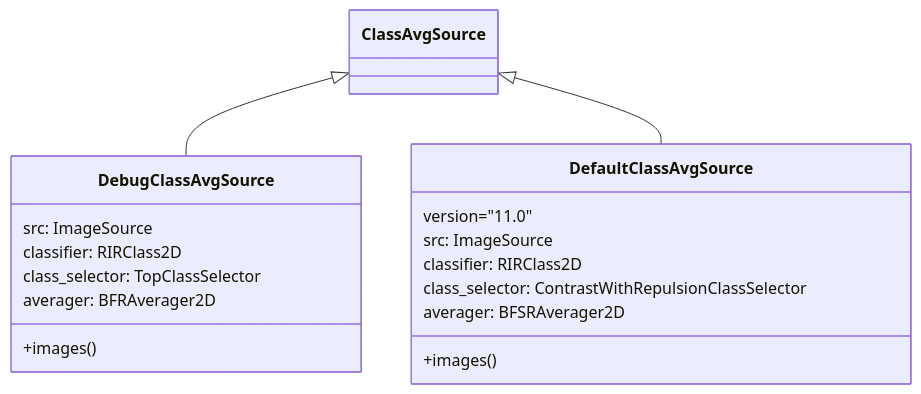
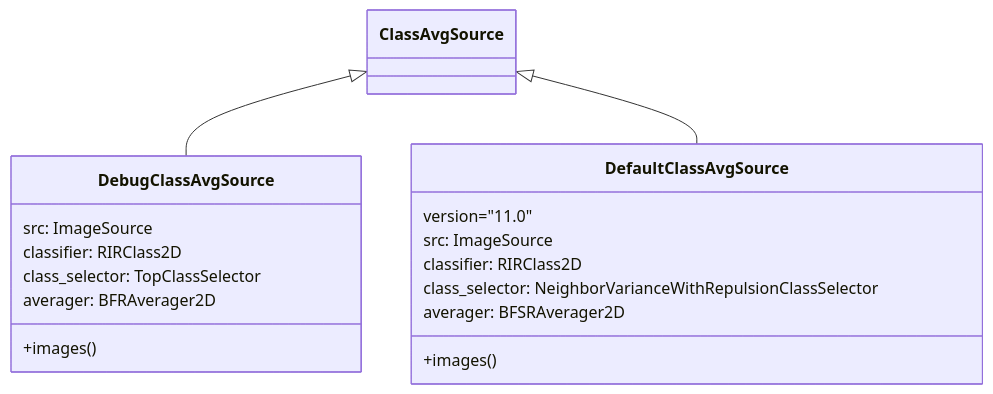
Before and after one commit to ComputationalCryoEM/ASPIRE-Python: the second of 6 diagrams in docs/source/class_source.rst, drawn with Mermaid. The commit also changed 4 other files, not shown here.

Commit message:
Rename NeighborVarianceWithRepulsionClassSelector

```diff
--- a/docs/source/class_source.rst
+++ b/docs/source/class_source.rst
@@ -59,20 +59,20 @@
 .. mermaid::
 
    classDiagram
       ClassAvgSource <|-- DebugClassAvgSource
       ClassAvgSource <|-- DefaultClassAvgSource
       class DebugClassAvgSource{
 	 src: ImageSource
 	 classifier: RIRClass2D
 	 class_selector: TopClassSelector
 	 averager: BFRAverager2D
 	 +images()
       }
       class DefaultClassAvgSource{
 	 version="11.0"
 	 src: ImageSource
 	 classifier: RIRClass2D
-	 class_selector: ContrastWithRepulsionClassSelector
+	 class_selector: NeighborVarianceWithRepulsionClassSelector
 	 averager: BFSRAverager2D
 	 +images()
       }
```
